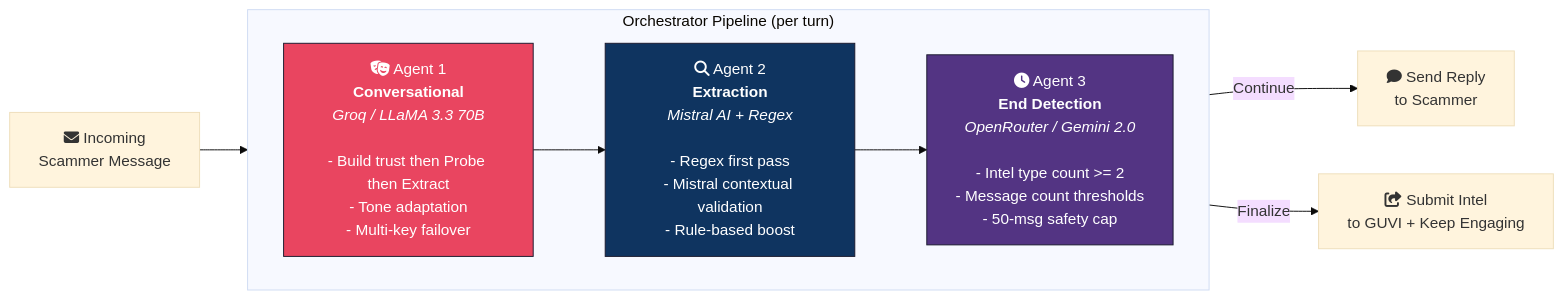
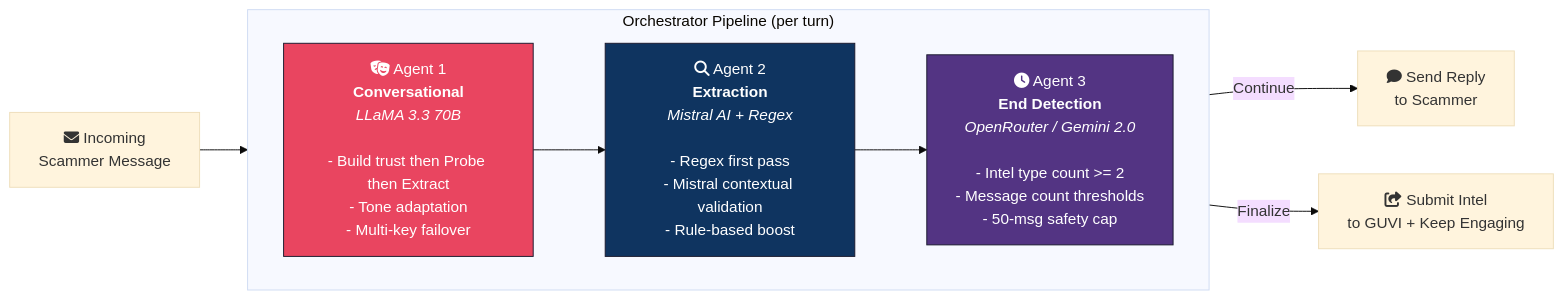
Before and after one commit to ShanmugaRamana/Dhurvam: the third of 3 diagrams in README.md, drawn with Mermaid (base theme). The commit also changed other lines of this file, not shown here.

````diff
--- a/README.md
+++ b/README.md
@@ -124,20 +122,20 @@
 ```mermaid
 graph LR
     MSG["fa:fa-envelope Incoming<br/>Scammer Message"] --> A1
 
     subgraph Pipeline["Orchestrator Pipeline (per turn)"]
         direction LR
-        A1["fa:fa-theater-masks Agent 1<br/><b>Conversational</b><br/><i>Groq / LLaMA 3.3 70B</i><br/><br/>- Build trust then Probe then Extract<br/>- Tone adaptation<br/>- Multi-key failover"]
+        A1["fa:fa-theater-masks Agent 1<br/><b>Conversational</b><br/><i>LLaMA 3.3 70B</i><br/><br/>- Build trust then Probe then Extract<br/>- Tone adaptation<br/>- Multi-key failover"]
         A2["fa:fa-search Agent 2<br/><b>Extraction</b><br/><i>Mistral AI + Regex</i><br/><br/>- Regex first pass<br/>- Mistral contextual validation<br/>- Rule-based boost"]
         A3["fa:fa-clock Agent 3<br/><b>End Detection</b><br/><i>OpenRouter / Gemini 2.0</i><br/><br/>- Intel type count >= 2<br/>- Message count thresholds<br/>- 50-msg safety cap"]
     end
 
     A1 --> A2 --> A3
 
     A3 -- "Continue" --> REPLY["fa:fa-comment Send Reply<br/>to Scammer"]
     A3 -- "Finalize" --> SUBMIT["fa:fa-share-square Submit Intel<br/>to GUVI + Keep Engaging"]
 
     style A1 fill:#e94560,stroke:#1a1a2e,color:#fff
     style A2 fill:#0f3460,stroke:#1a1a2e,color:#fff
     style A3 fill:#533483,stroke:#1a1a2e,color:#fff
 ```
````
